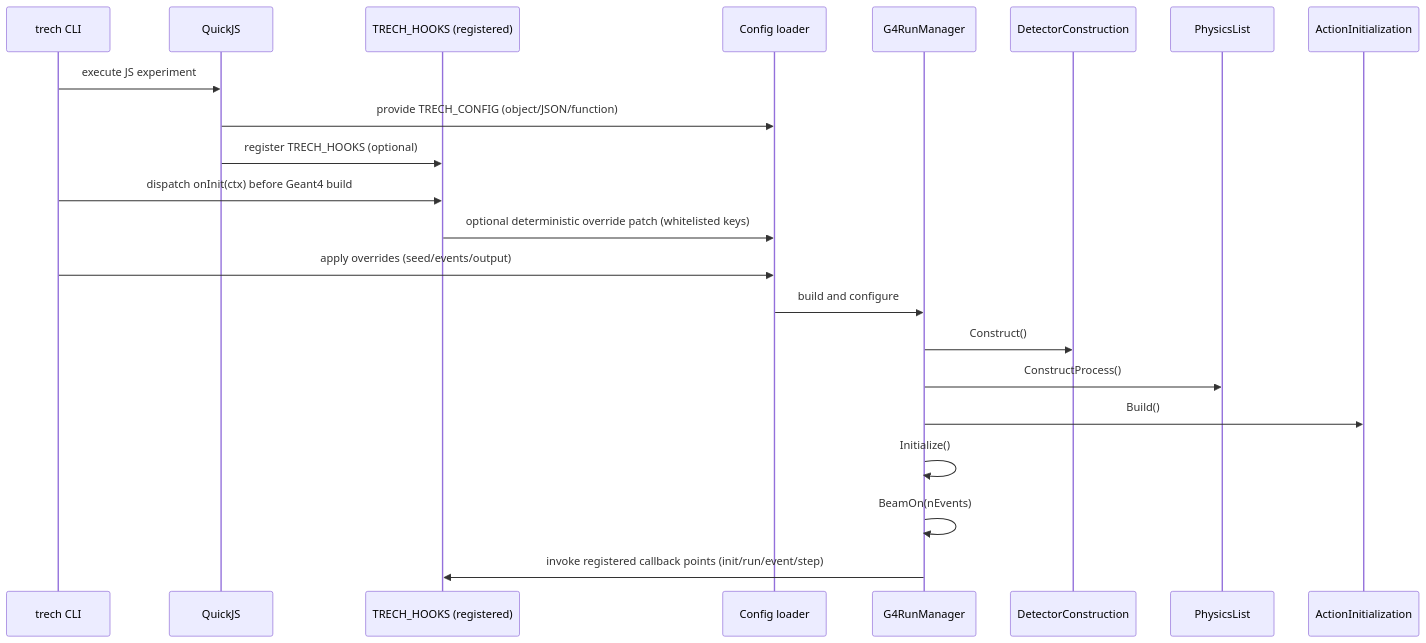
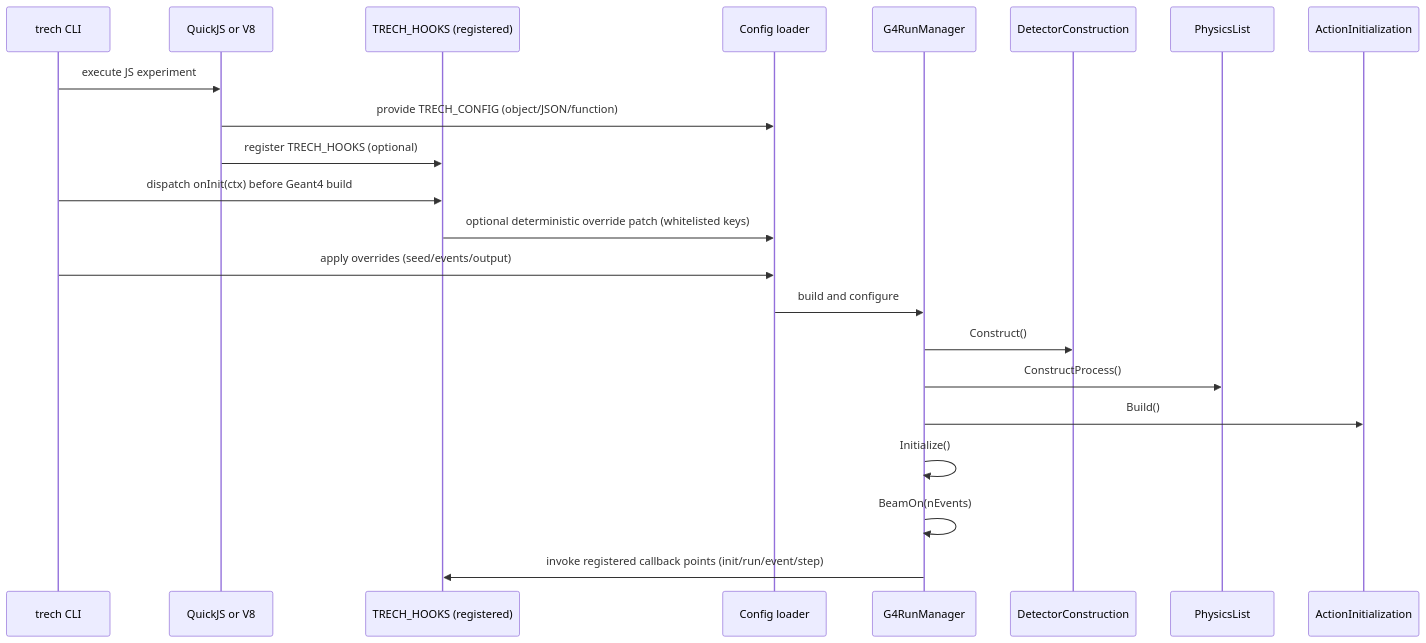
One commit to Geckos-Ink/trech changed diagram 23 of 45 in CHARTS.md. Above: the diagram before and after it, drawn with Mermaid. The commit also changed other lines of this file and 48 other files, not shown here.

````diff
--- a/CHARTS.md
+++ b/CHARTS.md
@@ -486,24 +486,24 @@
 ```mermaid
 sequenceDiagram
   participant CLI as trech CLI
-  participant QJS as QuickJS
+  participant QJS as QuickJS or V8
   participant HOOK as TRECH_HOOKS (registered)
   participant CFG as Config loader
   participant RM as G4RunManager
   participant DET as DetectorConstruction
   participant PHY as PhysicsList
   participant ACT as ActionInitialization
   CLI->>QJS: execute JS experiment
   QJS->>CFG: provide TRECH_CONFIG (object/JSON/function)
   QJS->>HOOK: register TRECH_HOOKS (optional)
   CLI->>HOOK: dispatch onInit(ctx) before Geant4 build
   HOOK->>CFG: optional deterministic override patch (whitelisted keys)
   CLI->>CFG: apply overrides (seed/events/output)
   CFG->>RM: build and configure
   RM->>DET: Construct()
   RM->>PHY: ConstructProcess()
   RM->>ACT: Build()
   RM->>RM: Initialize()
   RM->>RM: BeamOn(nEvents)
   RM->>HOOK: invoke registered callback points (init/run/event/step)
 ```
````
